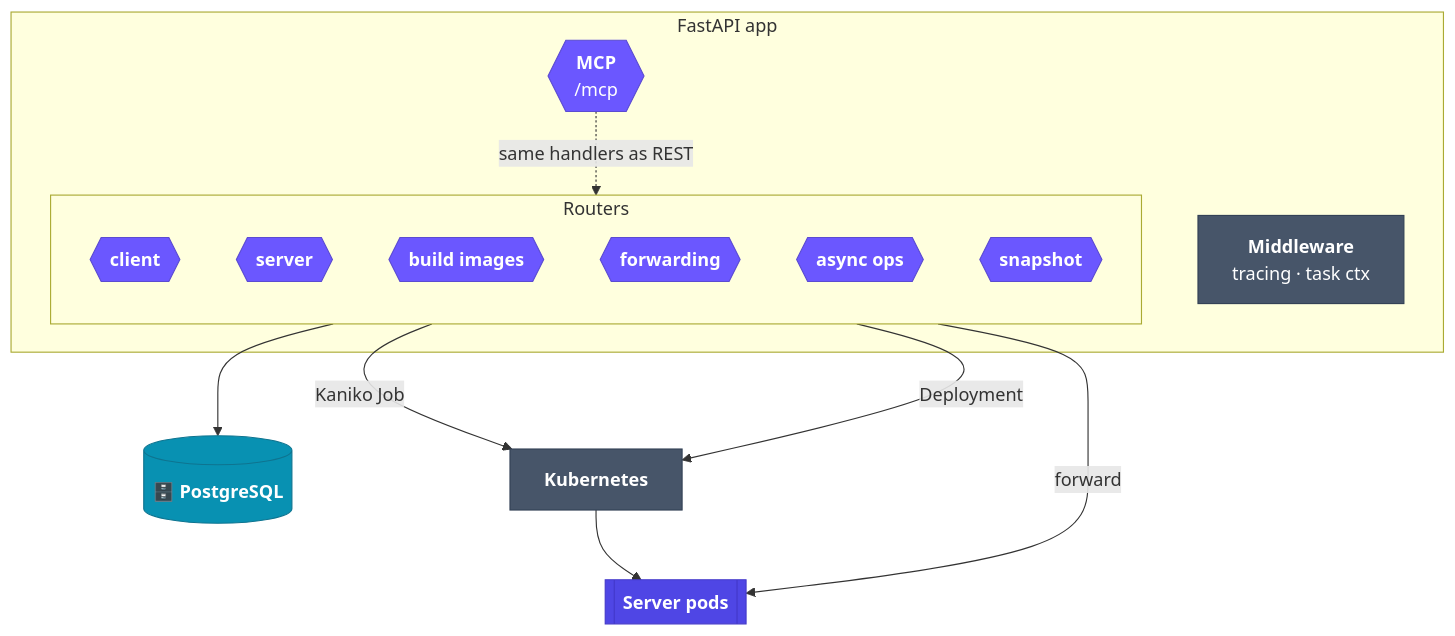
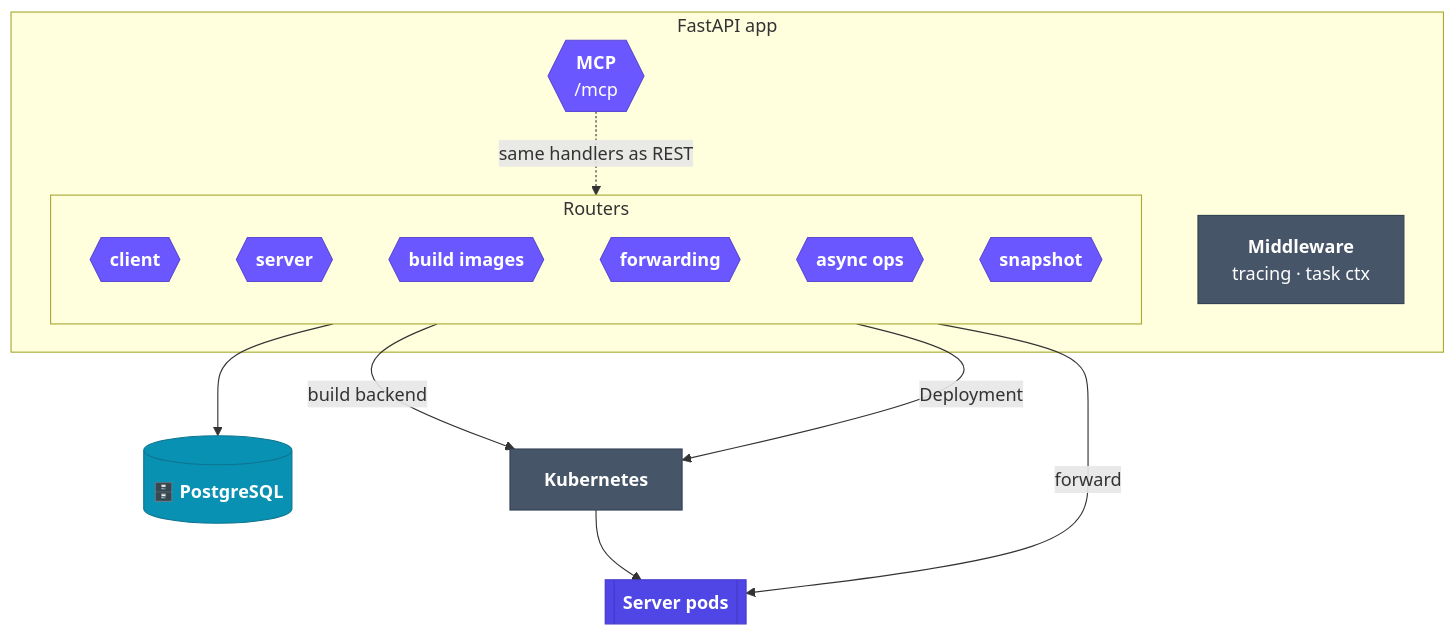
The diagram in website/docs/architecture/orchestrator.md (JetBrains-Research/idegym), drawn with Mermaid before and after one commit. The commit also changed other lines of this file and 9 other files, not shown here.

````diff
--- a/website/docs/architecture/orchestrator.md
+++ b/website/docs/architecture/orchestrator.md
@@ -15,39 +15,39 @@
 ```mermaid
 flowchart TB
     subgraph app["FastAPI app"]
         mw["<b>Middleware</b><br/>tracing · task ctx"]:::infra
         subgraph routers["Routers"]
             direction TB
             rc{{"<b>client</b>"}}:::ctrl
             rs{{"<b>server</b>"}}:::ctrl
             rb{{"<b>build images</b>"}}:::ctrl
             rf{{"<b>forwarding</b>"}}:::ctrl
             ra{{"<b>async ops</b>"}}:::ctrl
             rsnap{{"<b>snapshot</b>"}}:::ctrl
         end
         mcp{{"<b>MCP</b><br/>/mcp"}}:::ctrl
     end
     pg[("<b>🗄️ PostgreSQL</b>")]:::store
     kapi["<b>Kubernetes</b>"]:::infra
     pods[["<b>Server pods</b>"]]:::pod
 
     routers --> pg
-    rb -->|"Kaniko Job"| kapi
+    rb -->|"build backend"| kapi
     rs -->|"Deployment"| kapi --> pods
     rf -->|"forward"| pods
     mcp -.->|"same handlers as REST"| routers
 
     classDef ctrl fill:#6b57ff,stroke:#5b4bd2,color:#fff;
     classDef store fill:#0891b2,stroke:#0e7490,color:#fff;
     classDef infra fill:#475569,stroke:#334155,color:#fff;
     classDef pod fill:#4f46e5,stroke:#4338ca,color:#fff;
 
     click rc "https://github.com/JetBrains-Research/idegym/blob/main/orchestrator/src/idegym/orchestrator/router/client.py" "View the client router source on GitHub."
     click rs "https://github.com/JetBrains-Research/idegym/blob/main/orchestrator/src/idegym/orchestrator/router/server.py" "View the server-lifecycle router source on GitHub."
     click rb "https://github.com/JetBrains-Research/idegym/blob/main/orchestrator/src/idegym/orchestrator/router/build_images.py" "View the image-build router source on GitHub."
     click rf "https://github.com/JetBrains-Research/idegym/blob/main/orchestrator/src/idegym/orchestrator/router/forwarding.py" "View the request-forwarding router source on GitHub."
     click ra "https://github.com/JetBrains-Research/idegym/blob/main/orchestrator/src/idegym/orchestrator/router/async_operation.py" "View the async-operation router source on GitHub."
     click rsnap "https://github.com/JetBrains-Research/idegym/blob/main/orchestrator/src/idegym/orchestrator/router/snapshot.py" "View the snapshot router source on GitHub."
     click mcp "https://github.com/JetBrains-Research/idegym/blob/main/orchestrator/src/idegym/orchestrator/mcp.py" "View the MCP server source on GitHub."
     click pg "https://github.com/JetBrains-Research/idegym/blob/main/orchestrator/src/idegym/orchestrator/database" "Browse the database layer source on GitHub."
 ```
````
